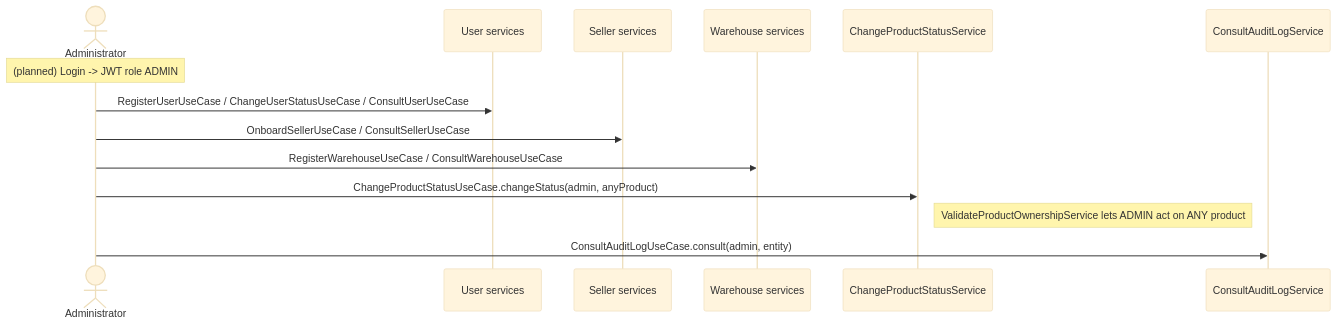
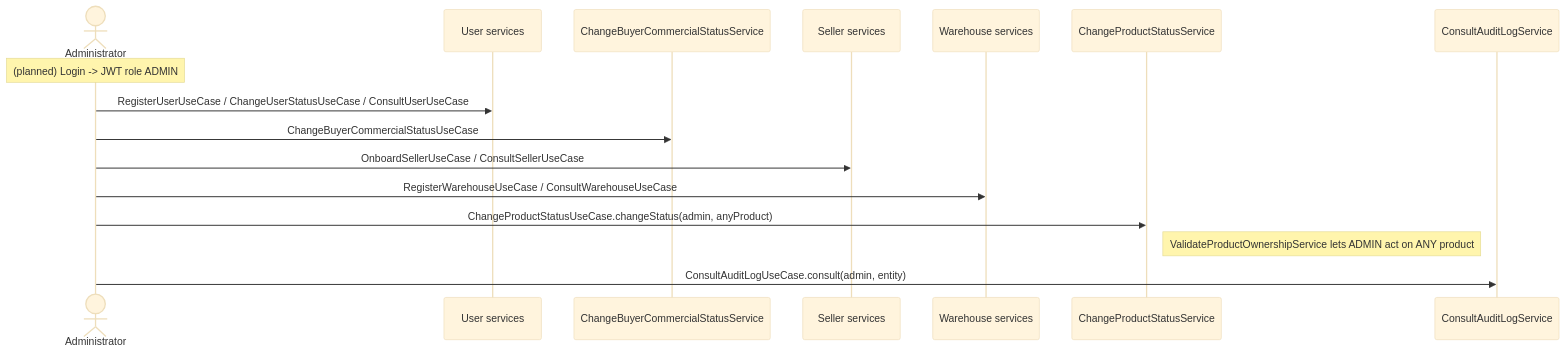
Before and after one commit to sirShovo/market_place: the seventh of 9 diagrams in SDD/Code Walkthrough and Role Flows.md, drawn with Mermaid (base theme). The commit also changed other lines of this file and 14 other files, not shown here.

````diff
--- a/SDD/Code Walkthrough and Role Flows.md
+++ b/SDD/Code Walkthrough and Role Flows.md
@@ -455,17 +462,19 @@
 ```mermaid
 sequenceDiagram
     actor A as Administrator
     participant Usr as User services
+    participant Buy as ChangeBuyerCommercialStatusService
     participant Sel as Seller services
     participant Wh as Warehouse services
     participant Cat as ChangeProductStatusService
     participant Aud as ConsultAuditLogService
 
     Note over A: (planned) Login -> JWT role ADMIN
     A->>Usr: RegisterUserUseCase / ChangeUserStatusUseCase / ConsultUserUseCase
+    A->>Buy: ChangeBuyerCommercialStatusUseCase
     A->>Sel: OnboardSellerUseCase / ConsultSellerUseCase
     A->>Wh: RegisterWarehouseUseCase / ConsultWarehouseUseCase
     A->>Cat: ChangeProductStatusUseCase.changeStatus(admin, anyProduct)
     Note right of Cat: ValidateProductOwnershipService lets ADMIN act on ANY product
     A->>Aud: ConsultAuditLogUseCase.consult(admin, entity)
 ```
````
